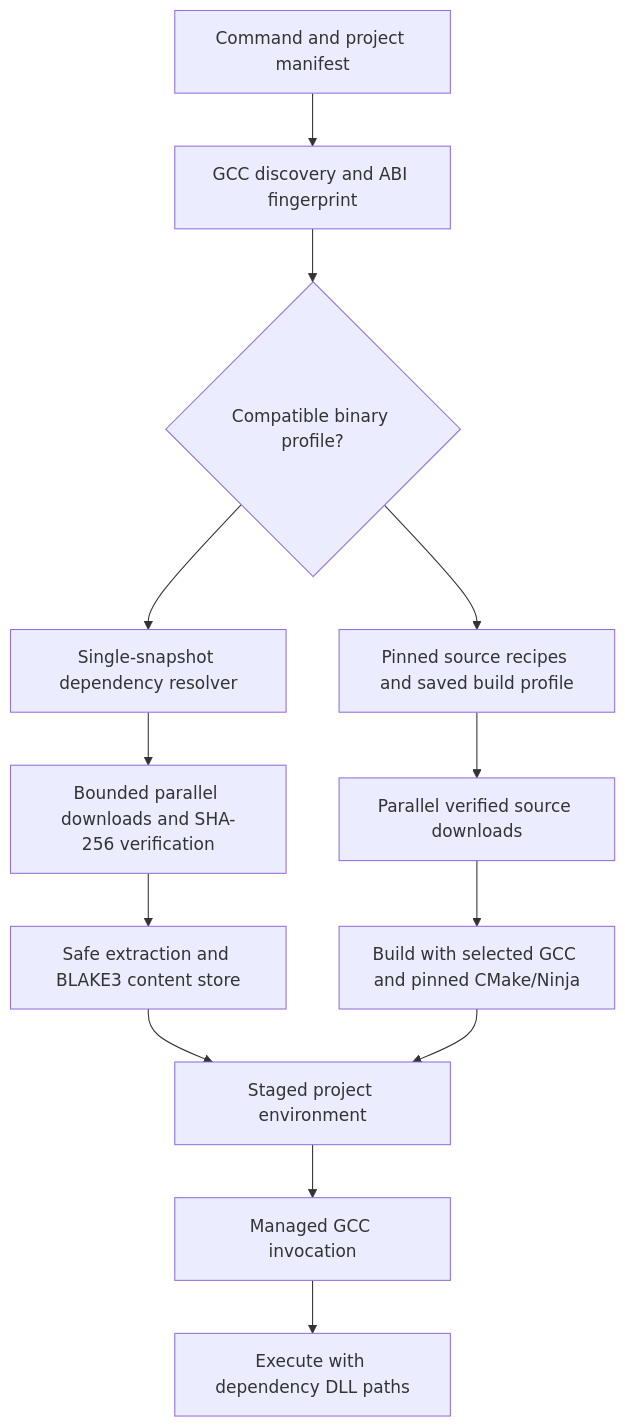
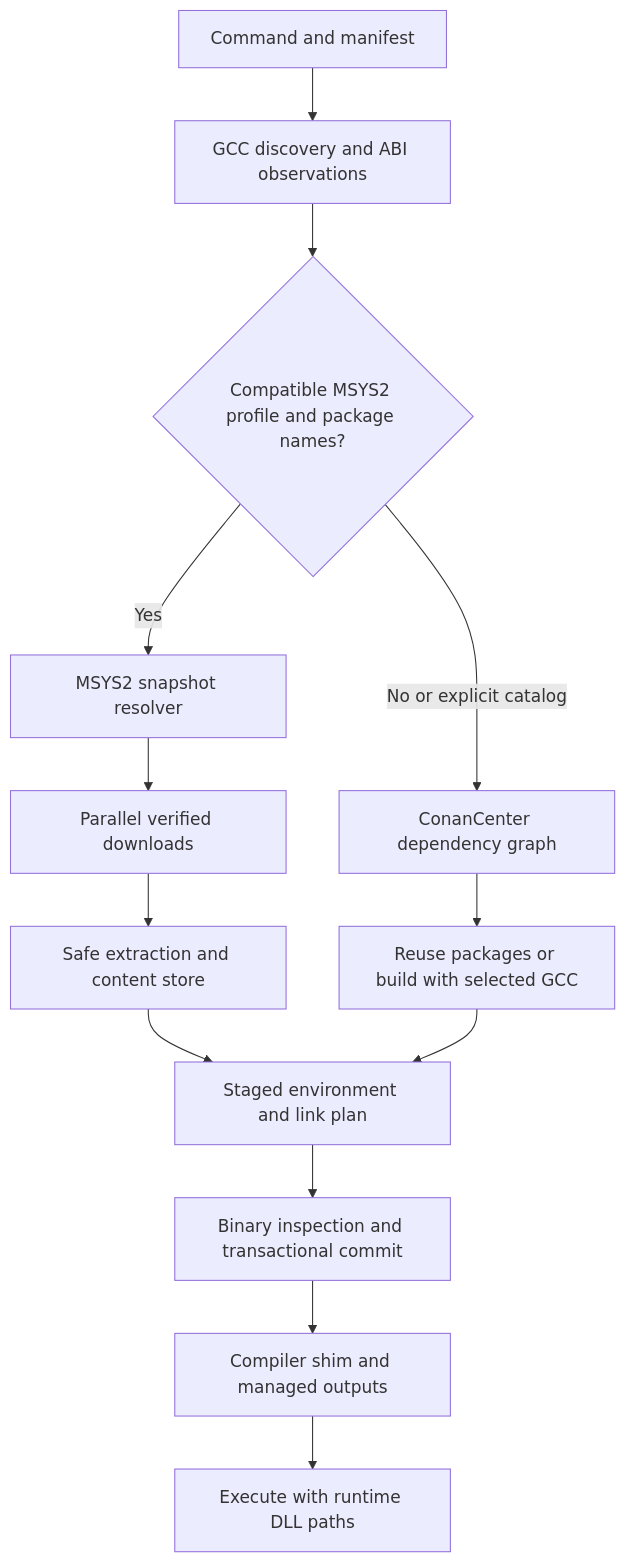
One commit to Bongusrihas/cpuv changed the diagram in overview.md. Above: the diagram before and after it, drawn with Mermaid. The commit also changed other lines of this file and 49 other files, not shown here.

Commit message:
Release cpuv 0.0.2 with catalog installs, removal, and native uninstall

````diff
--- a/overview.md
+++ b/overview.md
@@ -7,15 +5,15 @@
-~~~mermaid
+```mermaid
 flowchart TD
-    CLI[Command and project manifest] --> Probe[GCC discovery and ABI fingerprint]
-    Probe --> Provider{Compatible binary profile?}
-    Provider --> Solver[Single-snapshot dependency resolver]
-    Solver --> Fetch[Bounded parallel downloads and SHA-256 verification]
-    Fetch --> Store[Safe extraction and BLAKE3 content store]
-    Store --> Env[Staged project environment]
-    Provider --> Recipes[Pinned source recipes and saved build profile]
-    Recipes --> Sources[Parallel verified source downloads]
-    Sources --> Native[Build with selected GCC and pinned CMake/Ninja]
+    CLI[Command and manifest] --> Probe[GCC discovery and ABI observations]
+    Probe --> Provider{Compatible MSYS2 profile and package names?}
+    Provider -->|Yes| Solver[MSYS2 snapshot resolver]
+    Solver --> Fetch[Parallel verified downloads]
+    Fetch --> Store[Safe extraction and content store]
+    Provider -->|No or explicit catalog| Catalog[ConanCenter dependency graph]
+    Catalog --> Native[Reuse packages or build with selected GCC]
+    Store --> Env[Staged environment and link plan]
     Native --> Env
-    Env --> Build[Managed GCC invocation]
-    Build --> Run[Execute with dependency DLL paths]
-~~~
+    Env --> Inspect[Binary inspection and transactional commit]
+    Inspect --> Build[Compiler shim and managed outputs]
+    Build --> Run[Execute with runtime DLL paths]
+```
````
